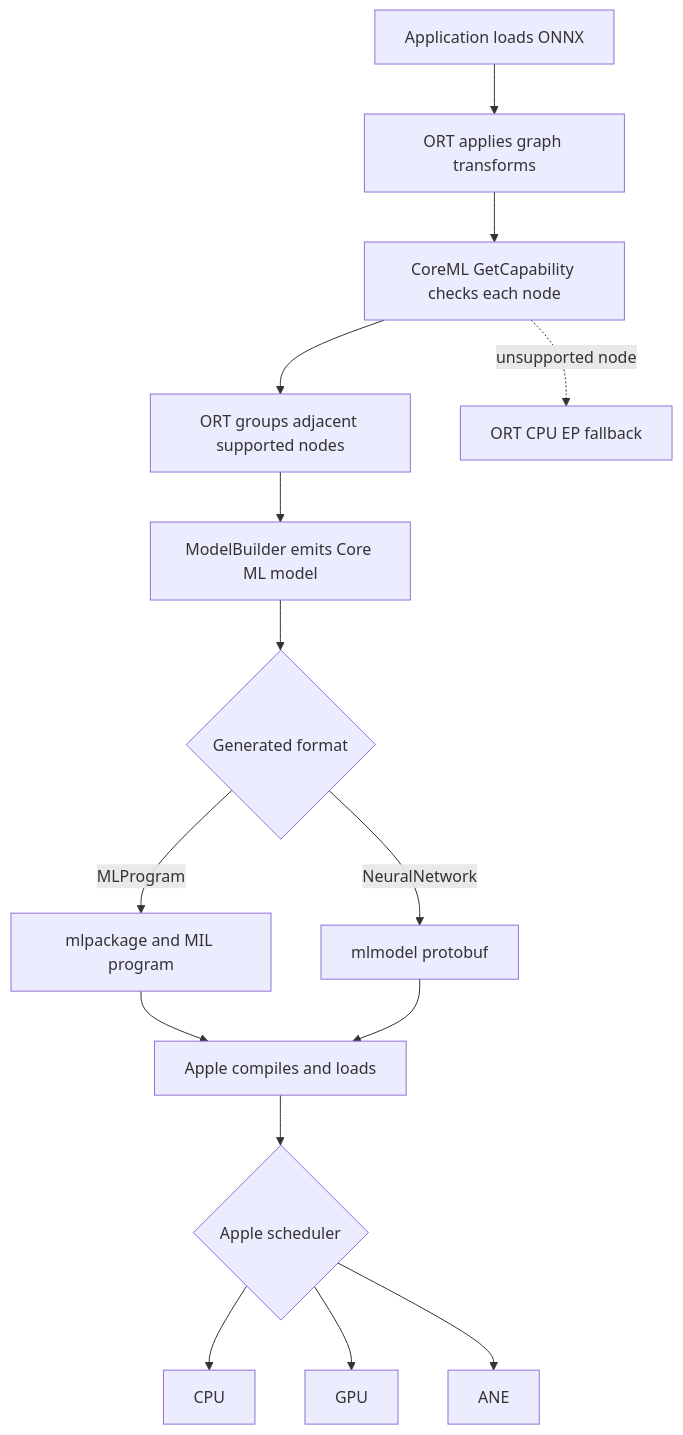
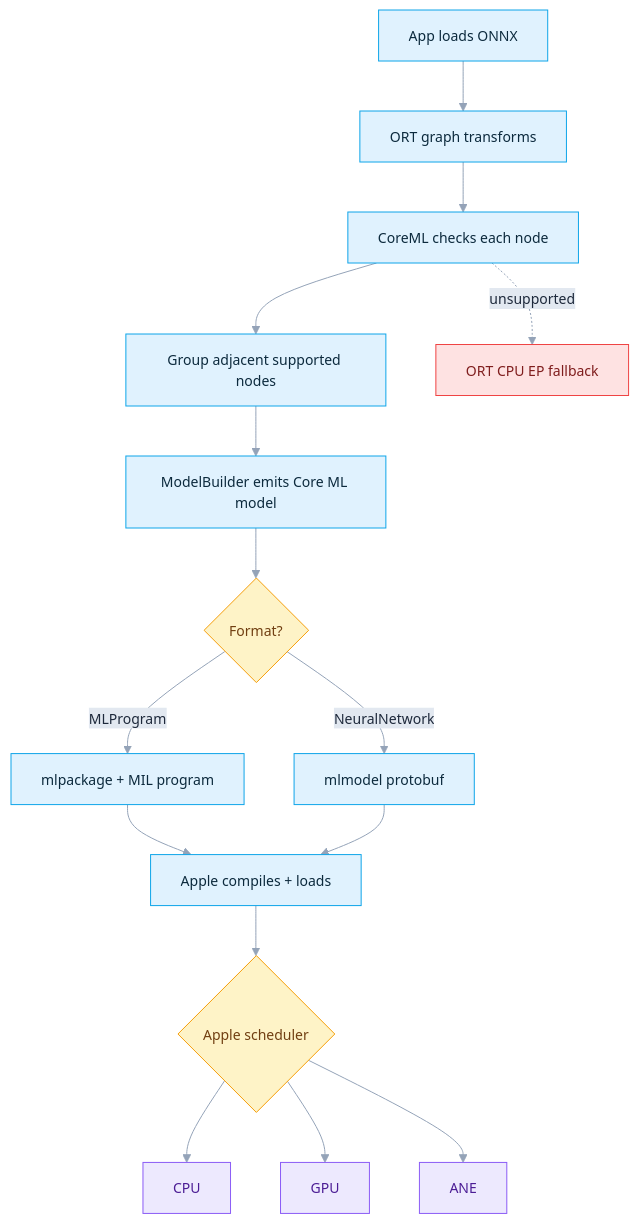
One commit to DakeQQ/Tutorial-ONNX-Runtime-Execution-Providers changed the fourth of 12 diagrams in Apple/README.md. Above: the diagram before and after it, drawn with Mermaid. The commit also changed other lines of this file and 15 other files, not shown here.

````diff
--- a/Apple/README.md
+++ b/Apple/README.md
@@ -88,17 +128,26 @@
 ```mermaid
+%%{init: {"theme":"base","themeVariables":{"fontSize":"14px","lineColor":"#94a3b8","edgeLabelBackground":"#e2e8f0","primaryTextColor":"#1e293b"}}}%%
 flowchart TD
-    A[Application loads ONNX] --> B[ORT applies graph transforms]
-    B --> C[CoreML GetCapability checks each node]
-    C --> D[ORT groups adjacent supported nodes]
-    D --> E[ModelBuilder emits Core ML model]
-    E --> F{Generated format}
-    F -->|MLProgram| G[mlpackage and MIL program]
-    F -->|NeuralNetwork| H[mlmodel protobuf]
-    G --> I[Apple compiles and loads]
+    A["App loads ONNX"] --> B["ORT graph transforms"]
+    B --> C["CoreML checks each node"]
+    C --> D["Group adjacent supported nodes"]
+    D --> E["ModelBuilder emits Core ML model"]
+    E --> F{"Format?"}
+    F -->|MLProgram| G["mlpackage + MIL program"]
+    F -->|NeuralNetwork| H["mlmodel protobuf"]
+    G --> I["Apple compiles + loads"]
     H --> I
-    I --> J{Apple scheduler}
-    J --> K[CPU]
-    J --> L[GPU]
-    J --> M[ANE]
-    C -. unsupported node .-> N[ORT CPU EP fallback]
+    I --> J{"Apple scheduler"}
+    J --> K["CPU"]
+    J --> L["GPU"]
+    J --> M["ANE"]
+    C -. unsupported .-> N["ORT CPU EP fallback"]
+    classDef step fill:#e0f2fe,stroke:#0ea5e9,color:#0c2a3d;
+    classDef dec fill:#fef3c7,stroke:#f59e0b,color:#713f12;
+    classDef dev fill:#ede9fe,stroke:#8b5cf6,color:#4c1d95;
+    classDef bad fill:#fee2e2,stroke:#ef4444,color:#7f1d1d;
+    class A,B,C,D,E,G,H,I step;
+    class F,J dec;
+    class K,L,M dev;
+    class N bad;
 ```
````
